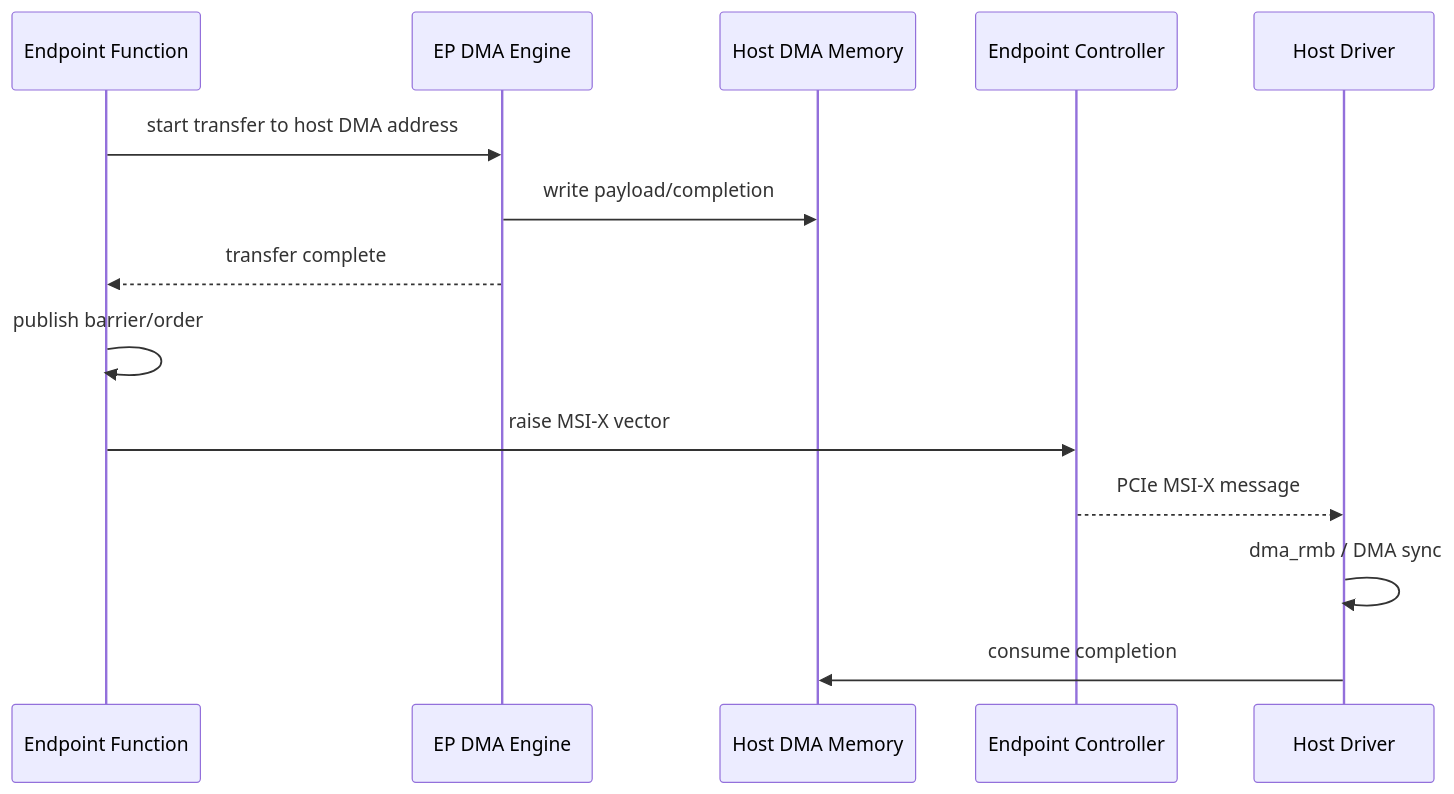
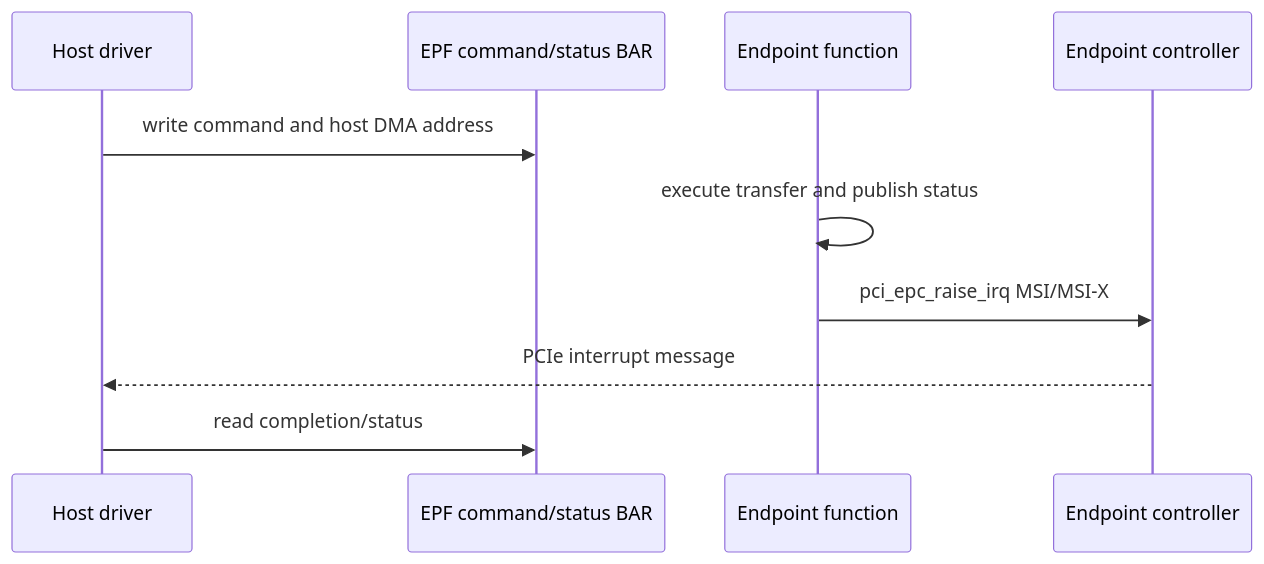
The third of 4 diagrams in docs/articles/pcie/pci-16-linux-pci-endpoint-framework.md (cdragon-ljl/EEandEdgeAI), drawn with Mermaid before and after one commit. The commit also changed other lines of this file and 4 other files, not shown here.

Commit message:
docs: complete PCIe controller and debugging path

````diff
--- a/docs/articles/pcie/pci-16-linux-pci-endpoint-framework.md
+++ b/docs/articles/pcie/pci-16-linux-pci-endpoint-framework.md
@@ -285,16 +139,12 @@
 ```mermaid
 sequenceDiagram
-    participant EP as Endpoint Function
-    participant DMA as EP DMA Engine
-    participant MEM as Host DMA Memory
-    participant EPC as Endpoint Controller
-    participant HD as Host Driver
-    EP->>DMA: start transfer to host DMA address
-    DMA->>MEM: write payload/completion
-    DMA-->>EP: transfer complete
-    EP->>EP: publish barrier/order
-    EP->>EPC: raise MSI-X vector
-    EPC-->>HD: PCIe MSI-X message
-    HD->>HD: dma_rmb / DMA sync
-    HD->>MEM: consume completion
+    participant HOST as Host driver
+    participant BAR as EPF command/status BAR
+    participant EPF as Endpoint function
+    participant EPC as Endpoint controller
+    HOST->>BAR: write command and host DMA address
+    EPF->>EPF: execute transfer and publish status
+    EPF->>EPC: pci_epc_raise_irq MSI/MSI-X
+    EPC-->>HOST: PCIe interrupt message
+    HOST->>BAR: read completion/status
 ```
````
